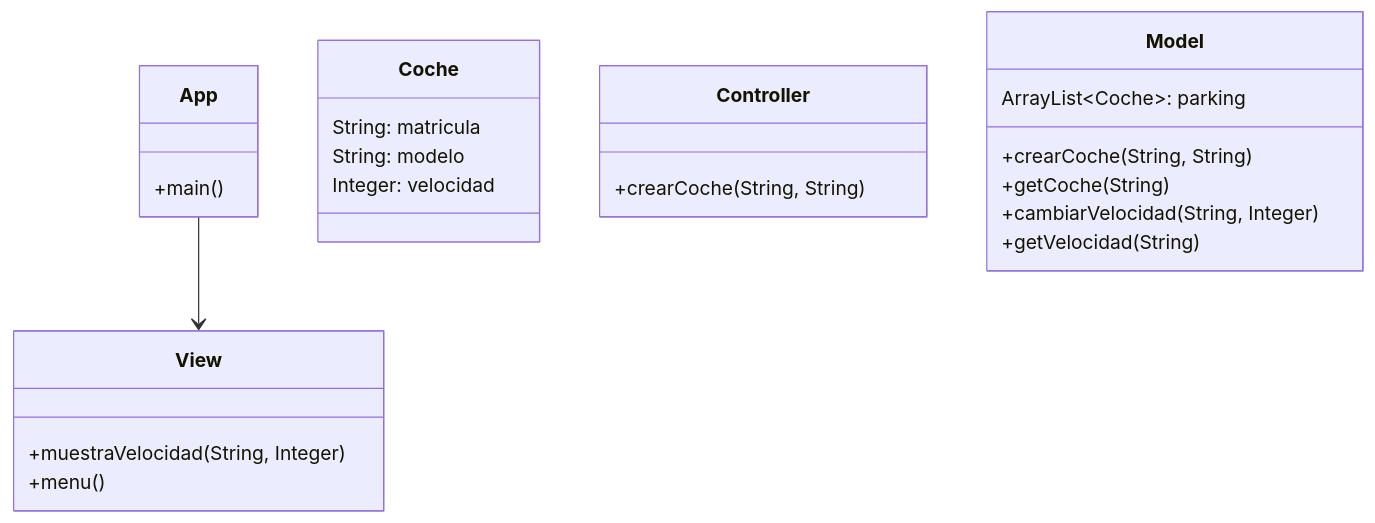
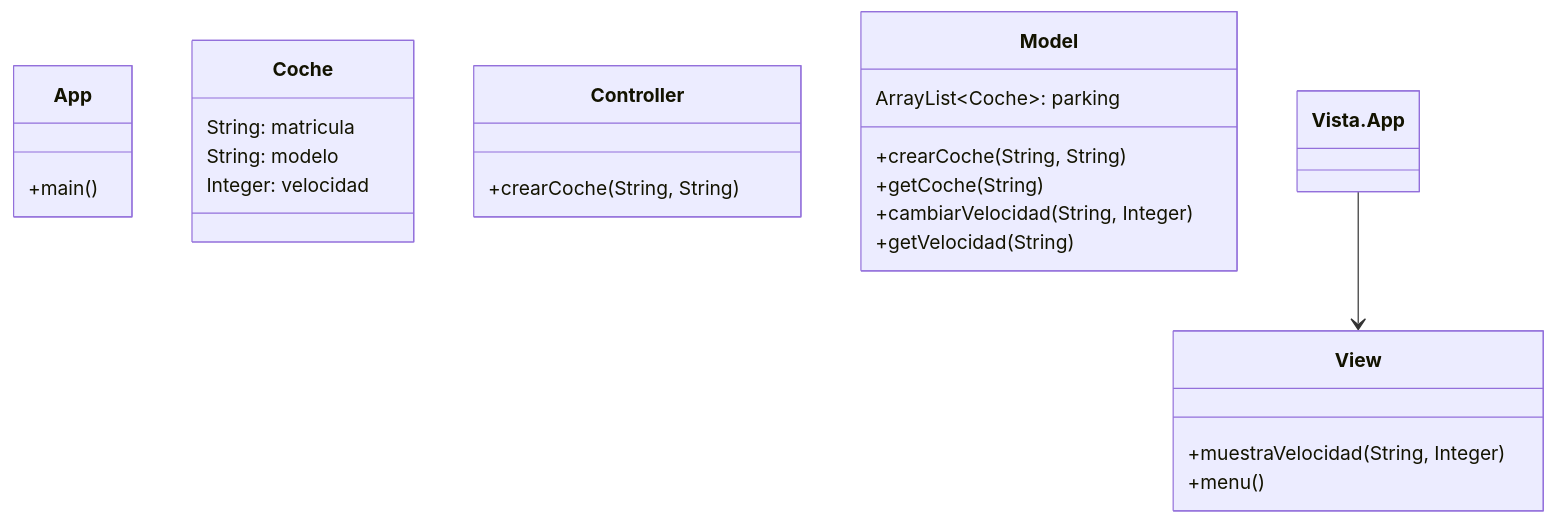
The first of 5 diagrams in Readme.md (frannprego/MVC_coches), drawn with Mermaid before and after one commit. The commit also changed other lines of this file, not shown here.

````diff
--- a/Readme.md
+++ b/Readme.md
@@ -8,27 +8,27 @@
 ```mermaid
 classDiagram
     class App {
         +main()
     }
     class Coche {
         String: matricula
         String: modelo
         Integer: velocidad
     }
       class Controller{
           +crearCoche(String, String)
       }
       class View {
           +muestraVelocidad(String, Integer)
           +menu()
           }
       class Model {
           ArrayList~Coche~: parking
           +crearCoche(String, String)
           +getCoche(String)
           +cambiarVelocidad(String, Integer)
           +getVelocidad(String)
       }
-    App --> View
+    Vista.App --> View
       
 ```
````
